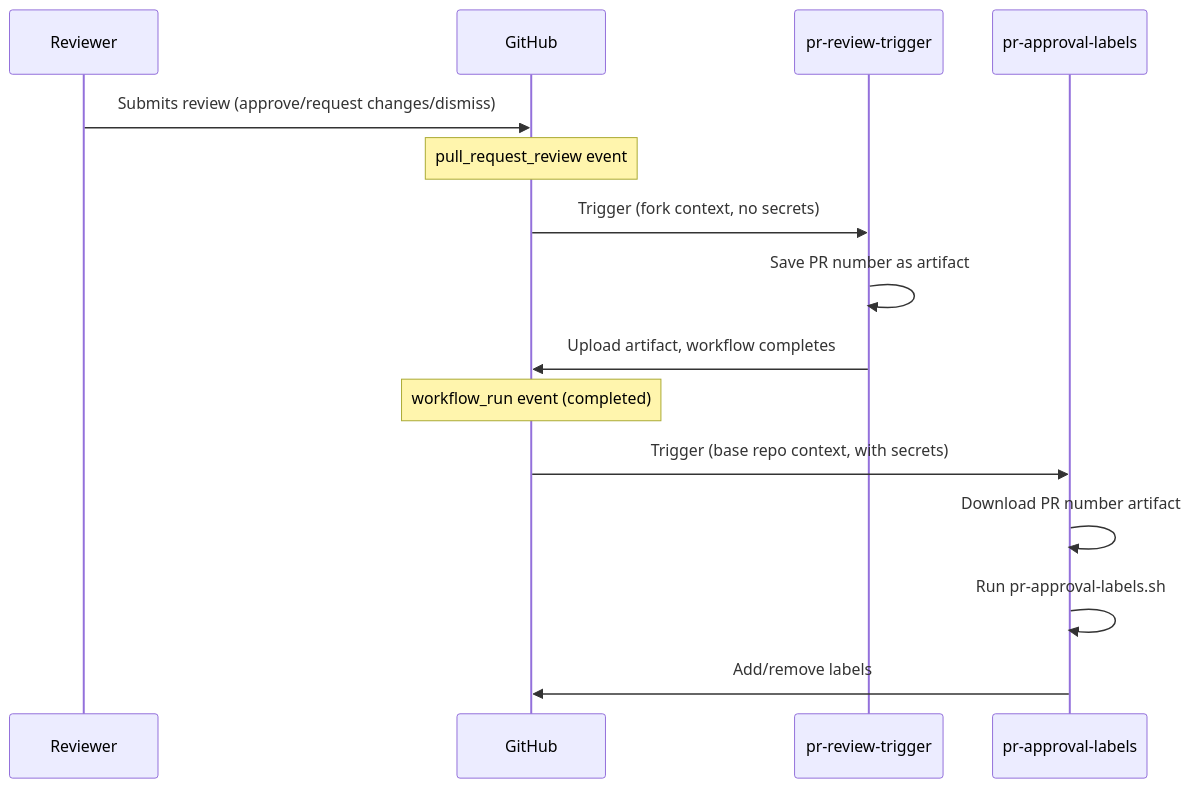
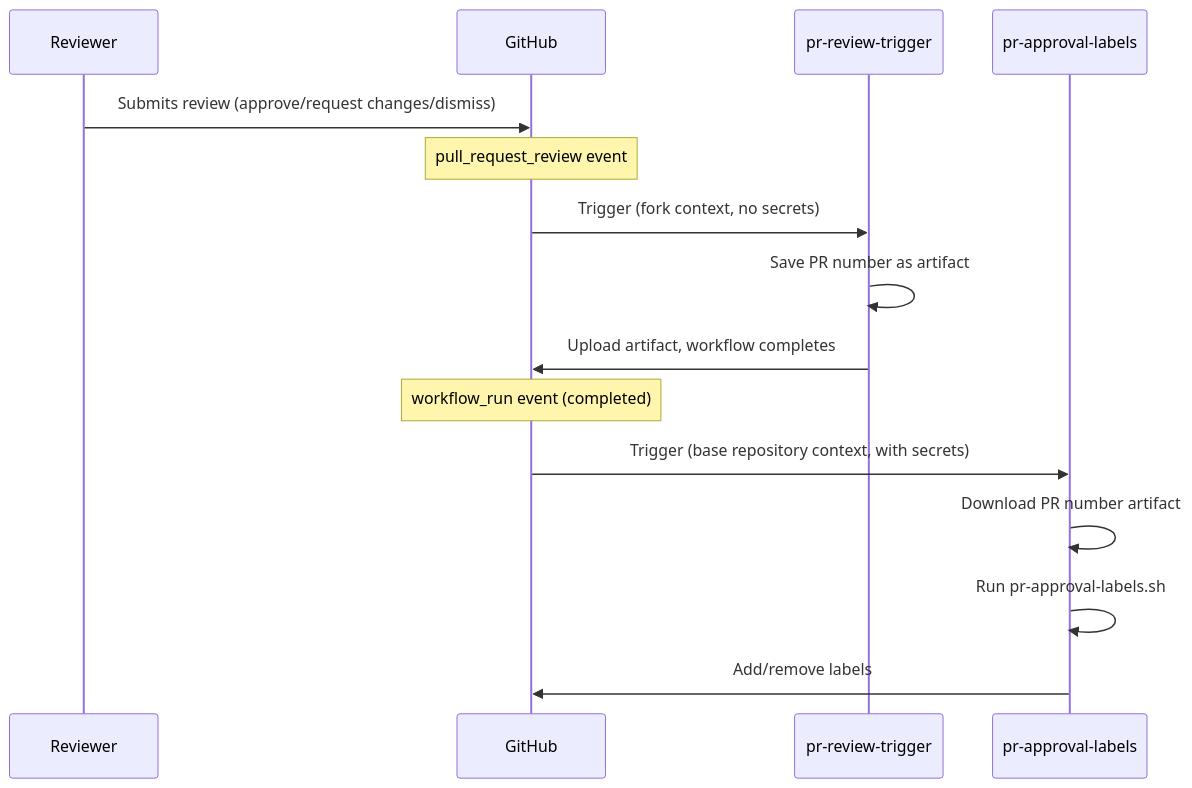
One commit to open-telemetry/opentelemetry.io changed the first of 3 diagrams in content/en/site/build/ci-workflows.md. Above: the diagram before and after it, drawn with Mermaid. The commit also changed other lines of this file, not shown here.

````diff
--- a/content/en/site/build/ci-workflows.md
+++ b/content/en/site/build/ci-workflows.md
@@ -93,22 +94,22 @@
 ```mermaid
 sequenceDiagram
     participant R as Reviewer
     participant GH as GitHub
     participant T as pr-review-trigger
     participant L as pr-approval-labels
 
     R->>GH: Submits review (approve/request changes/dismiss)
 
     Note over GH: pull_request_review event
 
     GH->>T: Trigger (fork context, no secrets)
     T->>T: Save PR number as artifact
     T->>GH: Upload artifact, workflow completes
 
     Note over GH: workflow_run event (completed)
 
-    GH->>L: Trigger (base repo context, with secrets)
+    GH->>L: Trigger (base repository context, with secrets)
     L->>L: Download PR number artifact
     L->>L: Run pr-approval-labels.sh
     L->>GH: Add/remove labels
 ```
````
